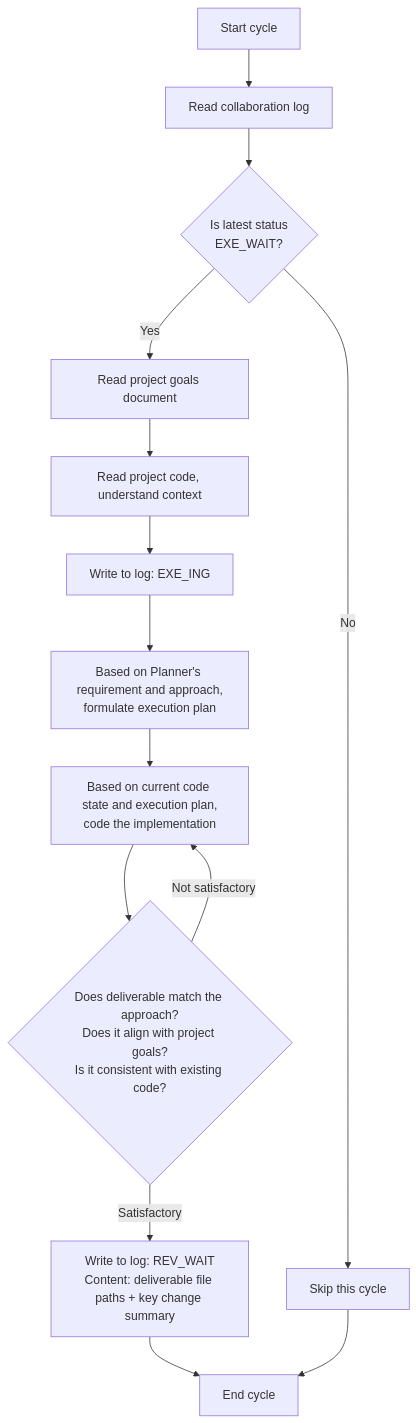
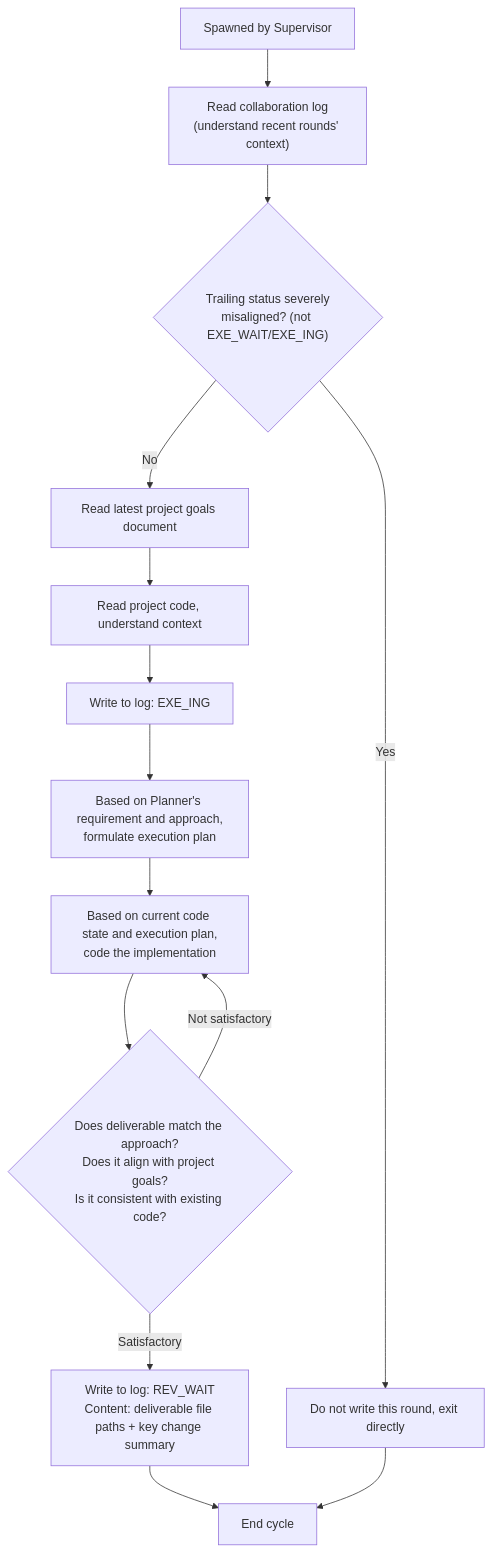
The diagram in skills/pre-engineering/references/en/executor-guide-template.md (zhangzhanluo/pre-engineering), drawn with Mermaid before and after one commit. The commit also changed other lines of this file and 13 other files, not shown here.

````diff
--- a/skills/pre-engineering/references/en/executor-guide-template.md
+++ b/skills/pre-engineering/references/en/executor-guide-template.md
@@ -41,16 +31,16 @@
 ```mermaid
 flowchart TD
-    Start["Start cycle"] --> ReadLog["Read collaboration log"]
-    ReadLog --> Check{"Is latest status<br/>EXE_WAIT?"}
-    Check -->|No| Idle["Skip this cycle"]
-    Check -->|Yes| ReadGoal["Read project goals document"]
+    Start["Spawned by Supervisor"] --> ReadLog["Read collaboration log<br/>(understand recent rounds' context)"]
+    ReadLog --> Check{"Trailing status severely<br/>misaligned? (not EXE_WAIT/EXE_ING)"}
+    Check -->|Yes| Exit["Do not write this round, exit directly"]
+    Check -->|No| ReadGoal["Read latest project goals document"]
     ReadGoal --> ReadCode["Read project code, understand context"]
     ReadCode --> Begin["Write to log: EXE_ING"]
     Begin --> PlanExec["Based on Planner's requirement and approach,<br/>formulate execution plan"]
     PlanExec --> Implement["Based on current code state and execution plan,<br/>code the implementation"]
     Implement --> SelfCheck{"Does deliverable match the approach?<br/>Does it align with project goals?<br/>Is it consistent with existing code?"}
     SelfCheck -->|Not satisfactory| Implement
     SelfCheck -->|Satisfactory| Write["Write to log: REV_WAIT<br/>Content: deliverable file paths + key change summary"]
     Write --> End["End cycle"]
-    Idle --> End
+    Exit --> End
 ```
````
